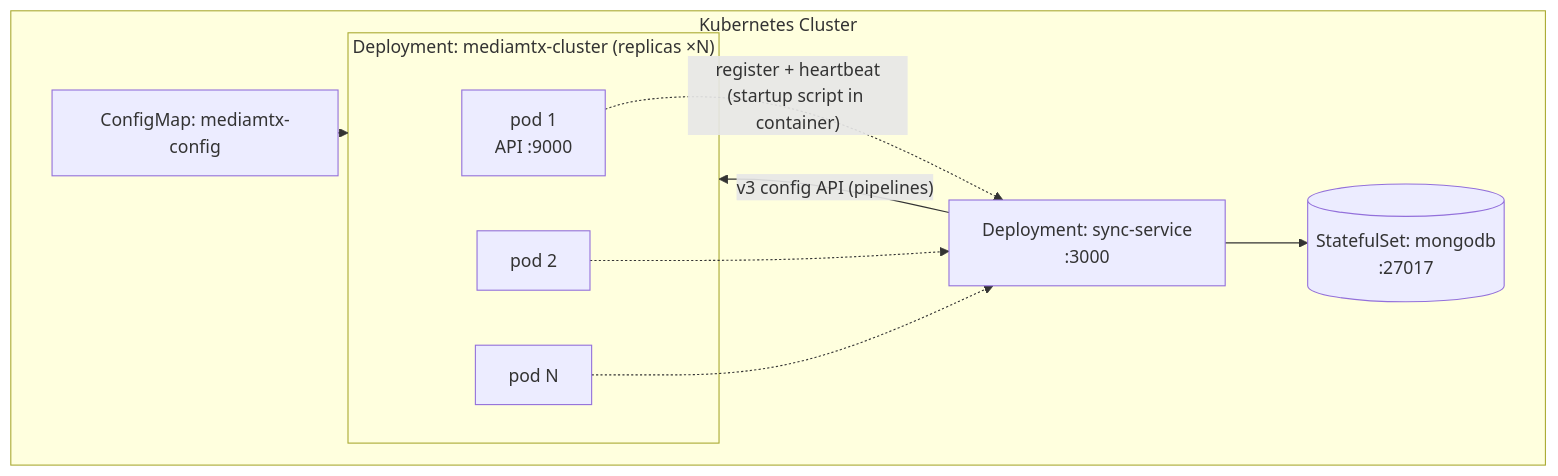
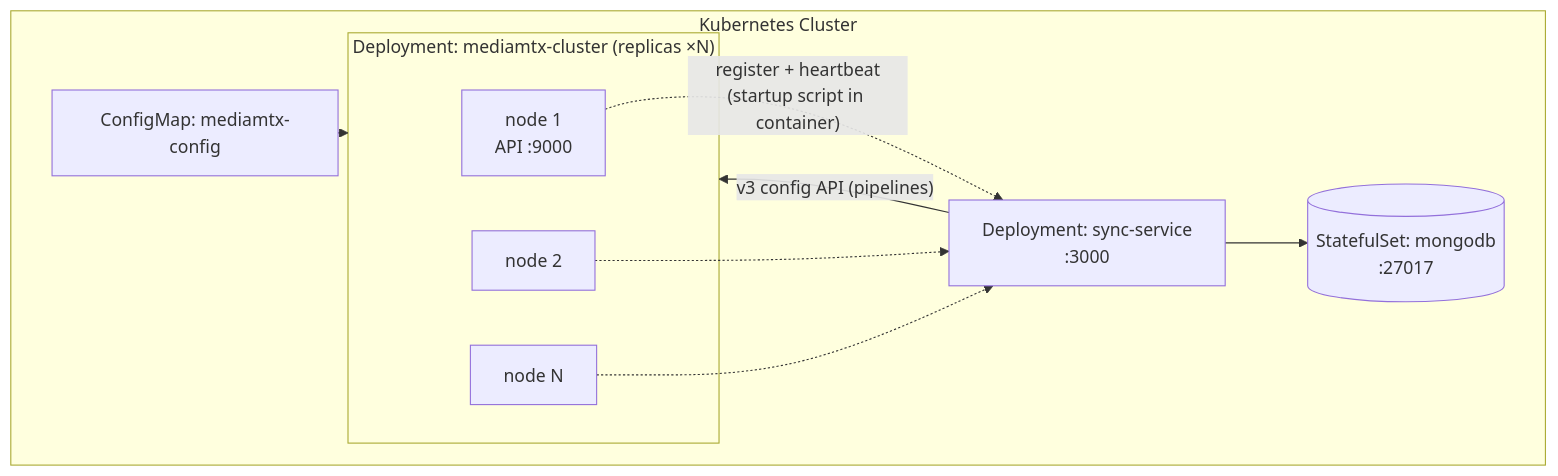
Before and after one commit to emanuel74-bit/media-sync: the fourth of 6 diagrams in backend/SYSTEM_DOCUMENTATION.md, drawn with Mermaid. The commit also changed other lines of this file and 163 other files, not shown here.

Commit message:
rename pod to node

````diff
--- a/backend/SYSTEM_DOCUMENTATION.md
+++ b/backend/SYSTEM_DOCUMENTATION.md
@@ -434,19 +434,19 @@
 ```mermaid
 flowchart TB
     subgraph k8s["Kubernetes Cluster"]
         Sync["Deployment: sync-service<br/>:3000"]
         subgraph mtx["Deployment: mediamtx-cluster (replicas ×N)"]
-            P1["pod 1<br/>API :9000"]
-            P2["pod 2"]
-            PN["pod N"]
+            P1["node 1<br/>API :9000"]
+            P2["node 2"]
+            PN["node N"]
         end
         MongoDB[("StatefulSet: mongodb<br/>:27017")]
         CM["ConfigMap: mediamtx-config"]
     end
     Sync --> MongoDB
     CM -.-> mtx
     P1 -. "register + heartbeat<br/>(startup script in container)" .-> Sync
     P2 -.-> Sync
     PN -.-> Sync
     Sync -- "v3 config API (pipelines)" --> mtx
 ```
````
